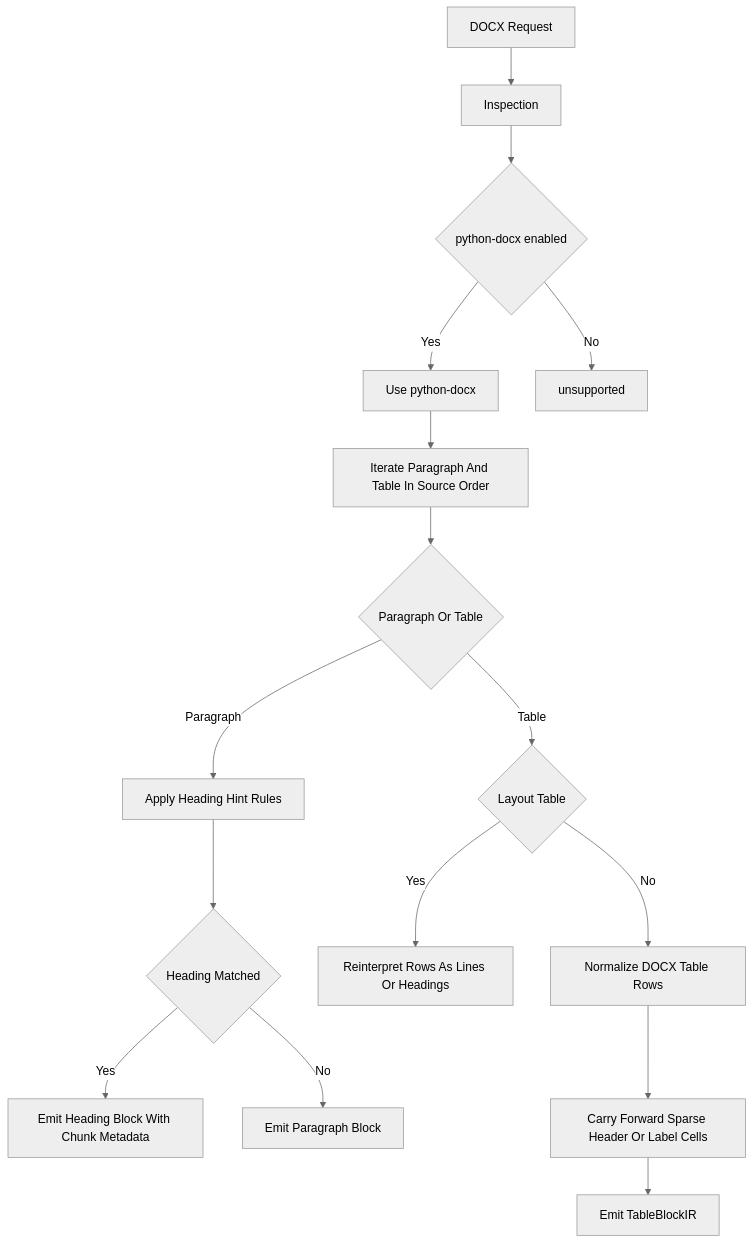
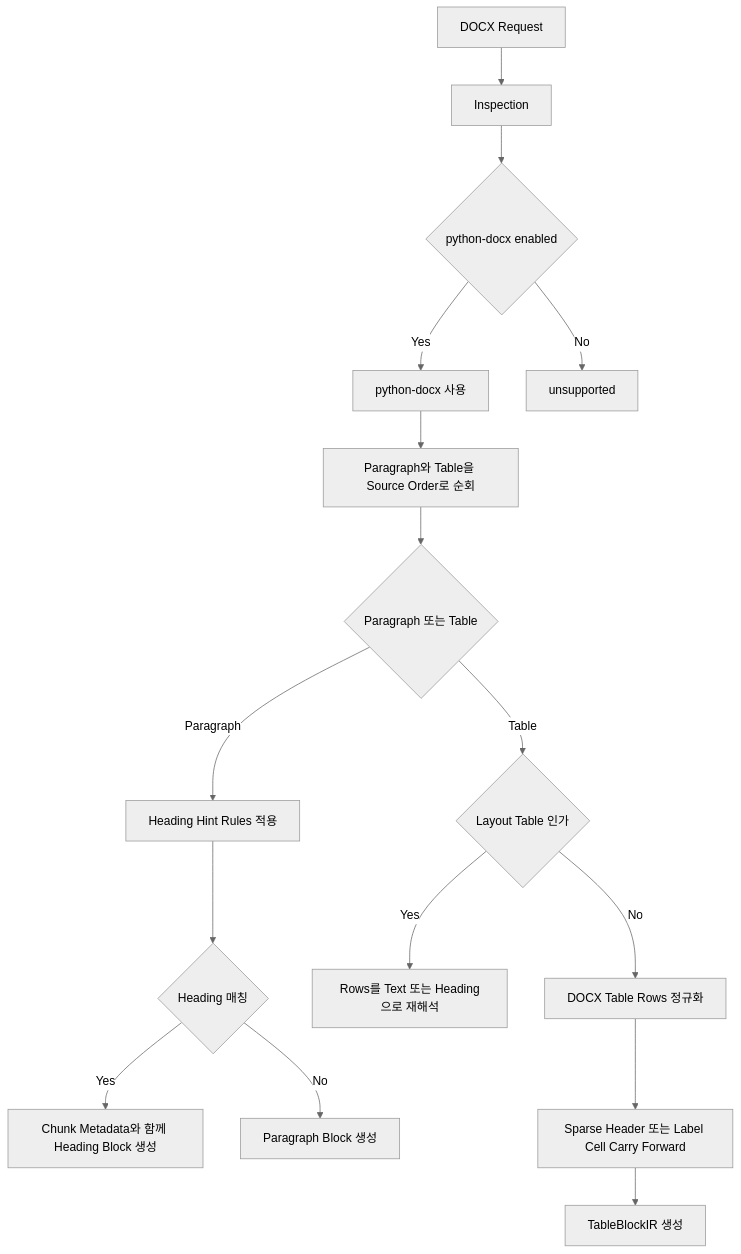
One commit to CapBarnacle/MarkBridge changed the fourth of 7 diagrams in docs/30-confluence-parsing-guide.md. Above: the diagram before and after it, drawn with Mermaid (neutral theme). The commit also changed other lines of this file and 1 other file, not shown here.

````diff
--- a/docs/30-confluence-parsing-guide.md
+++ b/docs/30-confluence-parsing-guide.md
@@ -207,18 +207,18 @@
 ```mermaid
 flowchart TD
     A[DOCX Request] --> B[Inspection]
     B --> C{python-docx enabled}
-    C -->|Yes| D[Use python-docx]
+    C -->|Yes| D[python-docx 사용]
     C -->|No| E[unsupported]
-    D --> F[Iterate Paragraph And Table In Source Order]
-    F --> G{Paragraph Or Table}
-    G -->|Paragraph| H[Apply Heading Hint Rules]
-    H --> I{Heading Matched}
-    I -->|Yes| J[Emit Heading Block With Chunk Metadata]
-    I -->|No| K[Emit Paragraph Block]
-    G -->|Table| L{Layout Table}
-    L -->|Yes| M[Reinterpret Rows As Lines Or Headings]
-    L -->|No| N[Normalize DOCX Table Rows]
-    N --> O[Carry Forward Sparse Header Or Label Cells]
-    O --> P[Emit TableBlockIR]
+    D --> F[Paragraph와 Table을 Source Order로 순회]
+    F --> G{Paragraph 또는 Table}
+    G -->|Paragraph| H[Heading Hint Rules 적용]
+    H --> I{Heading 매칭}
+    I -->|Yes| J[Chunk Metadata와 함께 Heading Block 생성]
+    I -->|No| K[Paragraph Block 생성]
+    G -->|Table| L{Layout Table 인가}
+    L -->|Yes| M[Rows를 Text 또는 Heading으로 재해석]
+    L -->|No| N[DOCX Table Rows 정규화]
+    N --> O[Sparse Header 또는 Label Cell Carry Forward]
+    O --> P[TableBlockIR 생성]
 ```
````
